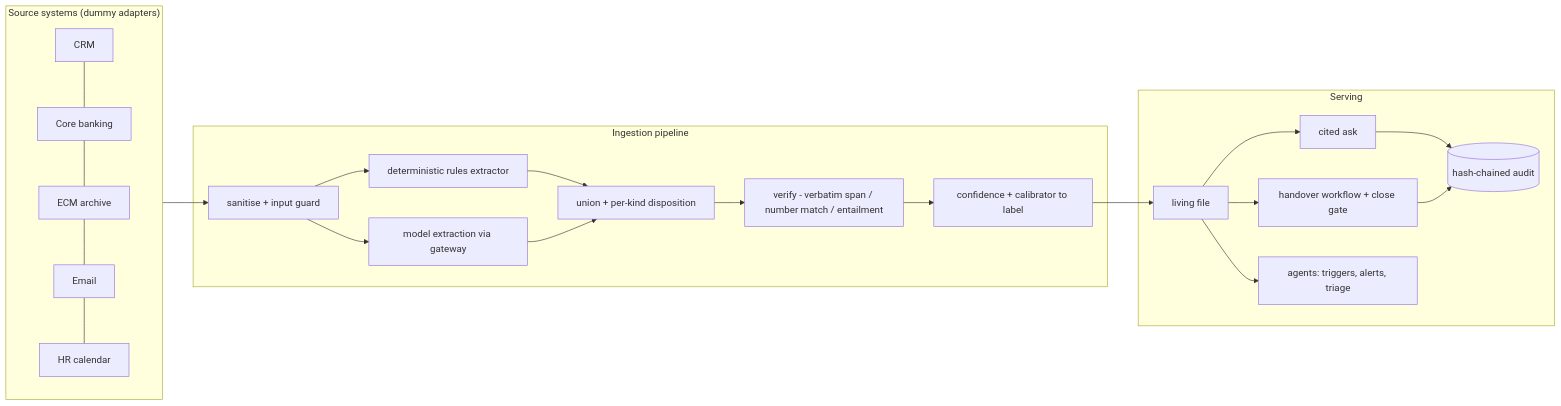
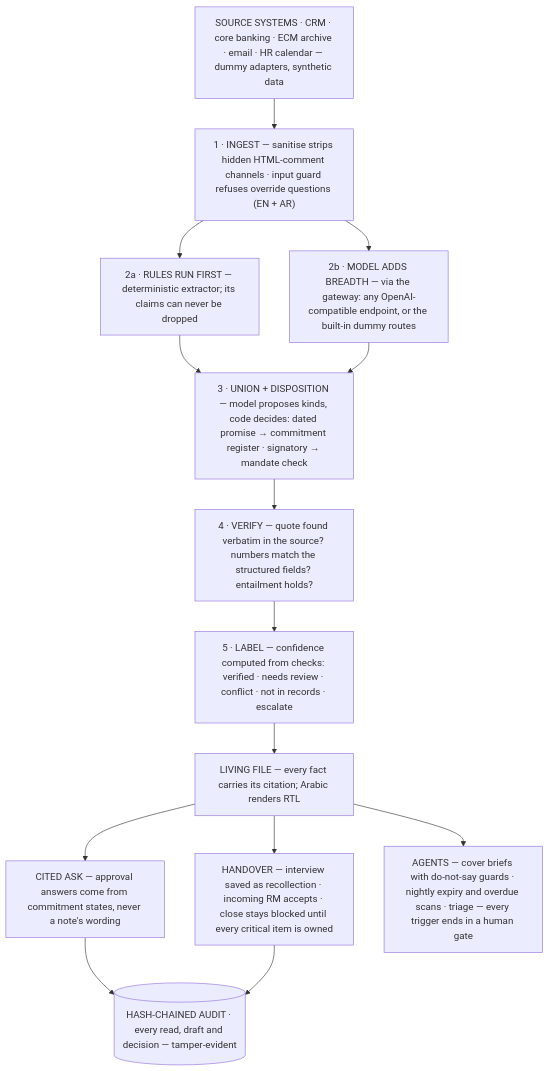
One commit to 0xv3nm09/rca-warba changed the diagram in README.md. Above: the diagram before and after it, drawn with Mermaid. The commit also changed other lines of this file, not shown here.

Commit message:
README: vertical guided how-it-works diagram; fill real-vs-synthetic table dashes

````diff
--- a/README.md
+++ b/README.md
@@ -25,24 +25,29 @@
 ```mermaid
-flowchart LR
-    subgraph Sources["Source systems (dummy adapters)"]
-        CRM["CRM"] --- CORE["Core banking"] --- ECM["ECM archive"] --- MAIL["Email"] --- HR["HR calendar"]
-    end
-    subgraph Ingest["Ingestion pipeline"]
-        G["sanitise + input guard"] --> R["deterministic rules extractor"]
-        G --> M["model extraction via gateway"]
-        R --> U["union + per-kind disposition"]
-        M --> U
-        U --> V["verify - verbatim span / number match / entailment"]
-        V --> CF["confidence + calibrator to label"]
-    end
-    subgraph Serve["Serving"]
-        LF["living file"] --> ASK["cited ask"]
-        LF --> HO["handover workflow + close gate"]
-        LF --> TR["agents: triggers, alerts, triage"]
-        AUD[("hash-chained audit")]
-    end
-    Sources --> G
+flowchart TB
+    SRC["SOURCE SYSTEMS · CRM · core banking · ECM archive · email · HR calendar — dummy adapters, synthetic data"]
+    G["1 · INGEST — sanitise strips hidden HTML-comment channels · input guard refuses override questions (EN + AR)"]
+    R["2a · RULES RUN FIRST — deterministic extractor; its claims can never be dropped"]
+    M["2b · MODEL ADDS BREADTH — via the gateway: any OpenAI-compatible endpoint, or the built-in dummy routes"]
+    U["3 · UNION + DISPOSITION — model proposes kinds, code decides: dated promise → commitment register · signatory → mandate check"]
+    V["4 · VERIFY — quote found verbatim in the source? numbers match the structured fields? entailment holds?"]
+    CF["5 · LABEL — confidence computed from checks: verified · needs review · conflict · not in records · escalate"]
+    LF["LIVING FILE — every fact carries its citation; Arabic renders RTL"]
+    ASK["CITED ASK — approval answers come from commitment states, never a note's wording"]
+    HO["HANDOVER — interview saved as recollection · incoming RM accepts · close stays blocked until every critical item is owned"]
+    TR["AGENTS — cover briefs with do-not-say guards · nightly expiry and overdue scans · triage — every trigger ends in a human gate"]
+    AUD[("HASH-CHAINED AUDIT · every read, draft and decision — tamper-evident")]
+
+    SRC --> G
+    G --> R
+    G --> M
+    R --> U
+    M --> U
+    U --> V
+    V --> CF
     CF --> LF
+    LF --> ASK
+    LF --> HO
+    LF --> TR
     ASK --> AUD
     HO --> AUD
 ```
````
